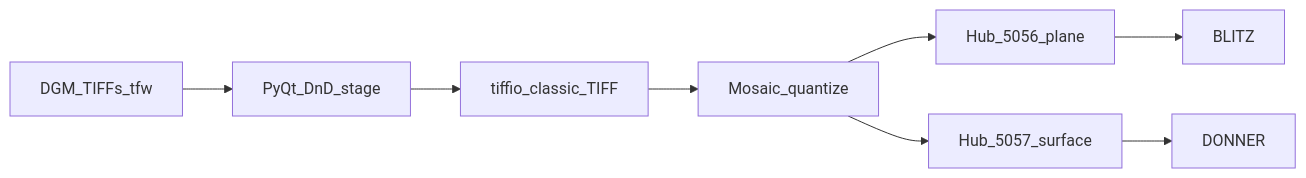
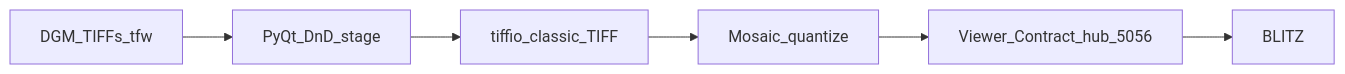
Before and after one commit to PiMaV/dgm-mosaic: the diagram in architecture.md, drawn with Mermaid. The commit also changed other lines of this file and 6 other files, not shown here.

First line of the commit message:
Stream only the BLITZ height plane; drop the DONNER surface hub.

````diff
--- a/architecture.md
+++ b/architecture.md
@@ -3,14 +3,10 @@
 ```mermaid
 flowchart LR
   tifs[DGM_TIFFs_tfw]
   ui[PyQt_DnD_stage]
   tiffio[tiffio_classic_TIFF]
   mosaic[Mosaic_quantize]
-  planeHub["Hub_5056_plane"]
-  surfHub["Hub_5057_surface"]
+  hub[Viewer_Contract_hub_5056]
   blitz[BLITZ]
-  donner[DONNER]
-  tifs --> ui --> tiffio --> mosaic
-  mosaic --> planeHub --> blitz
-  mosaic --> surfHub --> donner
+  tifs --> ui --> tiffio --> mosaic --> hub --> blitz
 ```
````
